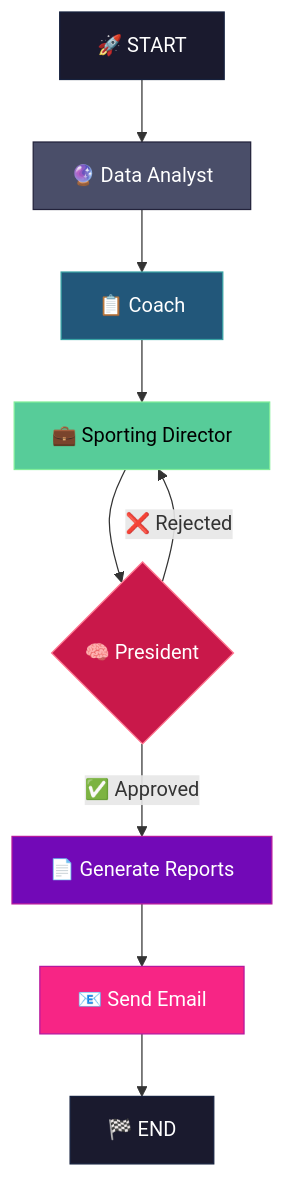
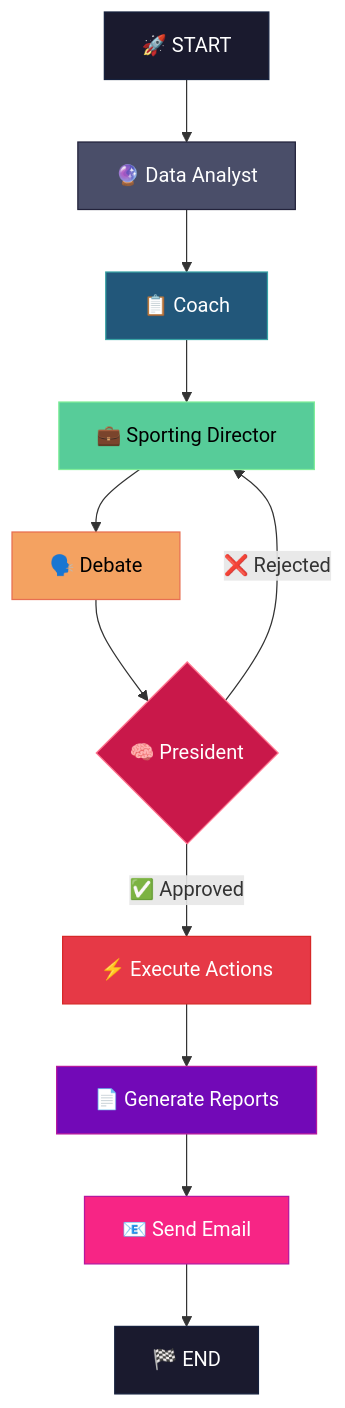
The diagram in README.md (dani537/fantasy-crew), drawn with Mermaid before and after one commit. The commit also changed other lines of this file and 28 other files, not shown here.

````diff
--- a/README.md
+++ b/README.md
@@ -63,22 +66,26 @@
 ```mermaid
 graph TD
     A[🚀 START] --> B[🔮 Data Analyst]
     B --> C[📋 Coach]
     C --> D[💼 Sporting Director]
-    D --> E{🧠 President}
+    D --> DB[🗣️ Debate]
+    DB --> E{🧠 President}
     
-    E -->|✅ Approved| F[📄 Generate Reports]
+    E -->|✅ Approved| X[⚡ Execute Actions]
     E -->|❌ Rejected| D
     
+    X --> F[📄 Generate Reports]
     F --> G[📧 Send Email]
     G --> H[🏁 END]
     
     style A fill:#1a1a2e,stroke:#16213e,color:#fff
     style B fill:#4a4e69,stroke:#22223b,color:#fff
     style C fill:#22577a,stroke:#38a3a5,color:#fff
     style D fill:#57cc99,stroke:#80ed99,color:#000
+    style DB fill:#f4a261,stroke:#e76f51,color:#000
     style E fill:#c9184a,stroke:#ff758f,color:#fff
+    style X fill:#e63946,stroke:#d62828,color:#fff
     style F fill:#7209b7,stroke:#b5179e,color:#fff
     style G fill:#f72585,stroke:#b5179e,color:#fff
     style H fill:#1a1a2e,stroke:#16213e,color:#fff
 ```
````
